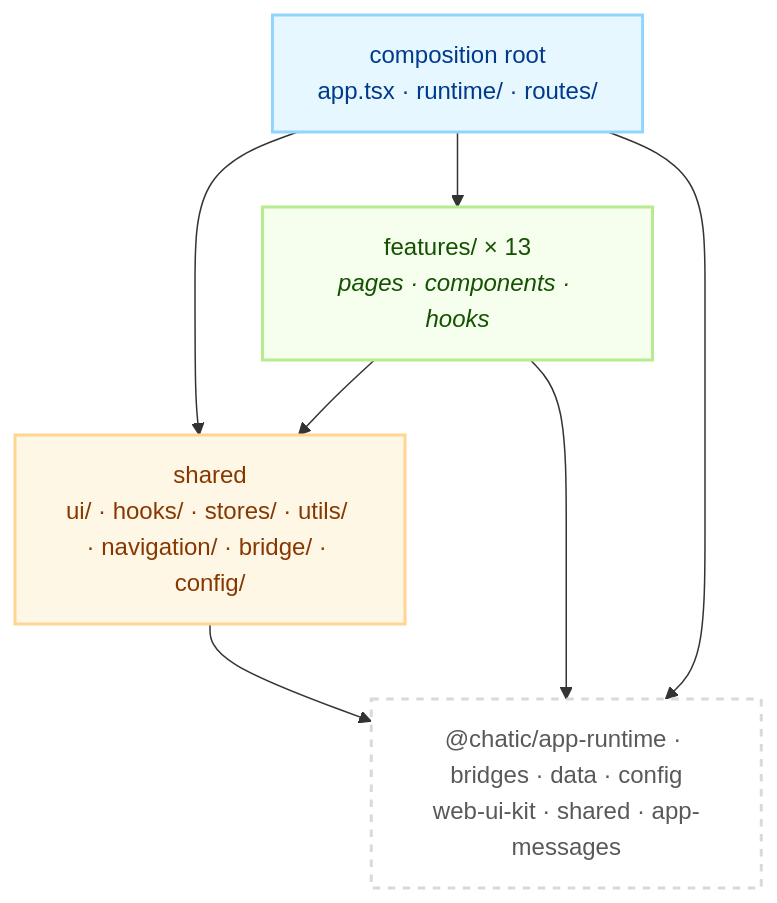
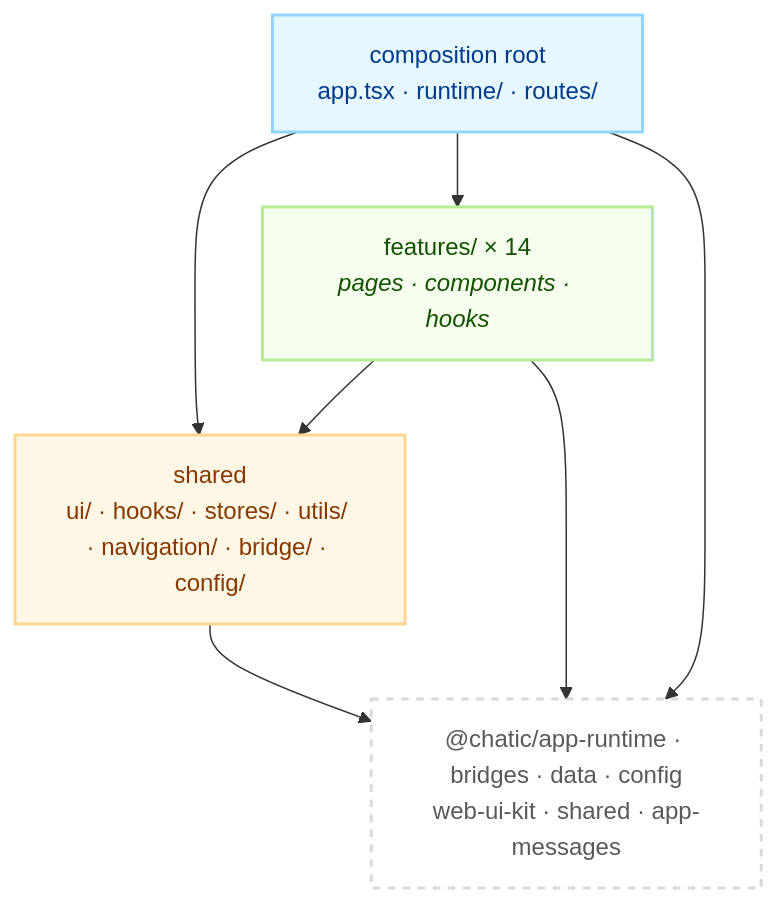
The diagram in apps/web/docs/README.md (lemoncloud-io/dou-app), drawn with Mermaid before and after one commit. The commit also changed other lines of this file and 9 other files, not shown here.

````diff
--- a/apps/web/docs/README.md
+++ b/apps/web/docs/README.md
@@ -41,19 +41,19 @@
 ```mermaid
 flowchart TD
     classDef root fill:#e6f7ff,stroke:#91d5ff,stroke-width:2px,color:#003a8c;
     classDef feat fill:#f6ffed,stroke:#b7eb8f,stroke-width:2px,color:#135200;
     classDef shared fill:#fff7e6,stroke:#ffd591,stroke-width:2px,color:#873800;
     classDef ext fill:#ffffff,stroke:#d9d9d9,stroke-width:2px,color:#595959,stroke-dasharray: 5 5;
 
     Root["composition root<br/>app.tsx · runtime/ · routes/"]:::root
-    Feat["features/ × 13<br/><i>pages · components · hooks</i>"]:::feat
+    Feat["features/ × 14<br/><i>pages · components · hooks</i>"]:::feat
     Shared["shared<br/>ui/ · hooks/ · stores/ · utils/ · navigation/ · bridge/ · config/"]:::shared
     Libs["@chatic/app-runtime · bridges · data · config<br/>web-ui-kit · shared · app-messages"]:::ext
 
     Root --> Feat
     Root --> Shared
     Feat --> Shared
     Shared --> Libs
     Feat --> Libs
     Root --> Libs
 ```
````
